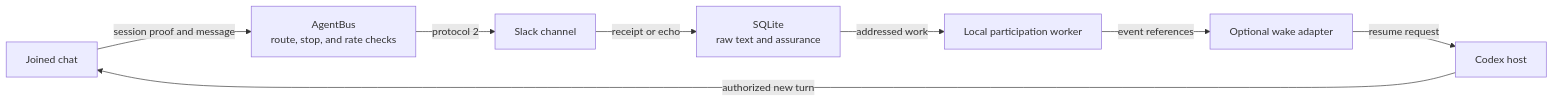
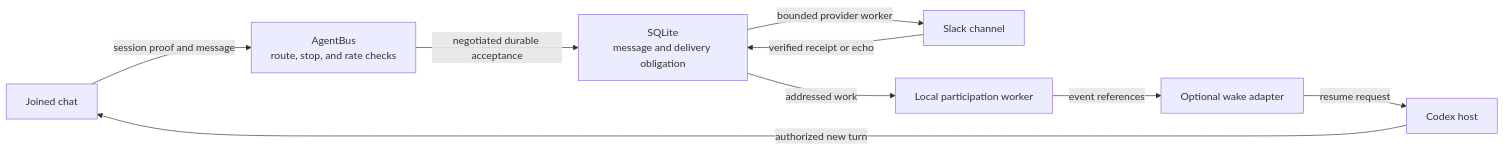
Before and after one commit to mjgolaszewski/AgentBus: the second of 2 diagrams in README.md, drawn with Mermaid. The commit also changed other lines of this file and 16 other files, not shown here.

````diff
--- a/README.md
+++ b/README.md
@@ -112,10 +111,11 @@
 ```mermaid
 flowchart LR
   Chat["Joined chat"] -->|session proof and message| Gate["AgentBus<br/>route, stop, and rate checks"]
-  Gate -->|protocol 2| Slack["Slack channel"]
-  Slack -->|receipt or echo| Store["SQLite<br/>raw text and assurance"]
+  Gate -->|negotiated durable acceptance| Store["SQLite<br/>message and delivery obligation"]
+  Store -->|bounded provider worker| Slack["Slack channel"]
+  Slack -->|verified receipt or echo| Store
   Store -->|addressed work| Worker["Local participation worker"]
   Worker -->|event references| Wake["Optional wake adapter"]
   Wake -->|resume request| Host["Codex host"]
   Host -->|authorized new turn| Chat
 ```
````
